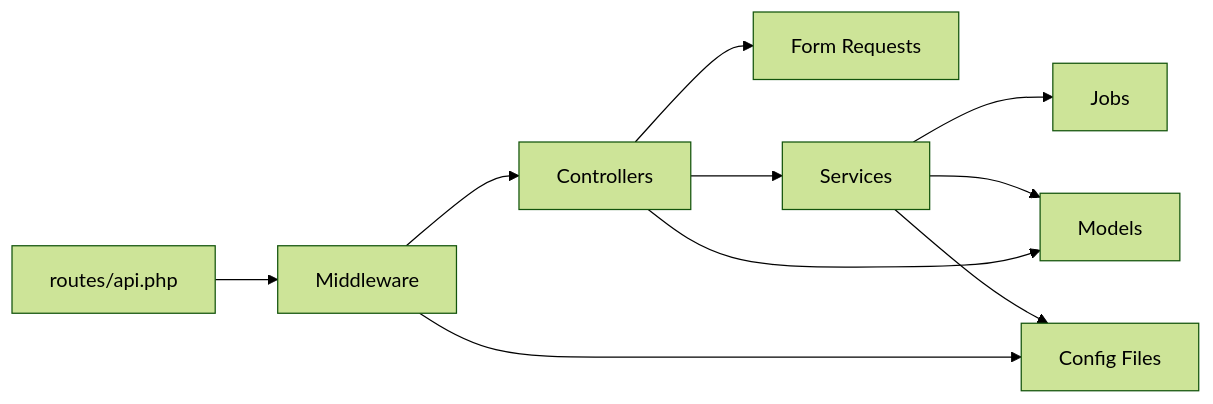
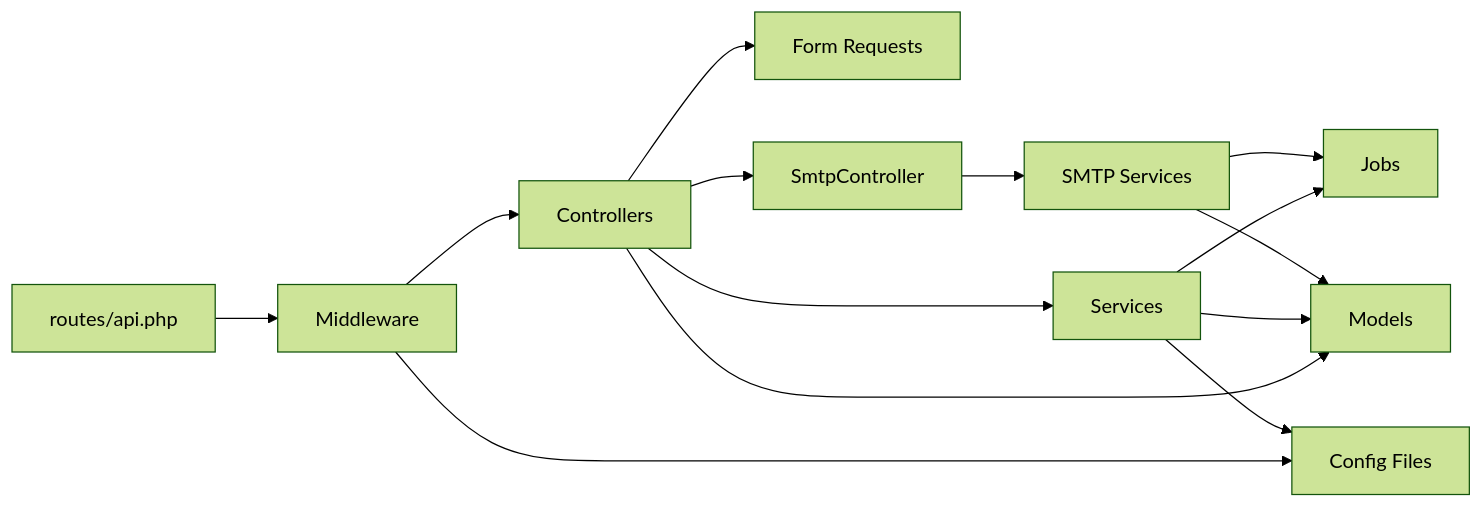
Before and after one commit to FCS-WP/website_portal: diagram 14 of 14 in .qoder/repowiki/en/content/Backend Architecture (Laravel)/Backend Architecture (Laravel).md, drawn with Mermaid (forest theme). The commit also changed other lines of this file and 30 other files, not shown here.

````diff
--- a/.qoder/repowiki/en/content/Backend Architecture (Laravel)/Backend Architecture (Laravel).md
+++ b/.qoder/repowiki/en/content/Backend Architecture (Laravel)/Backend Architecture (Laravel).md
@@ -465,12 +685,16 @@
 ```mermaid
 graph LR
 Routes["routes/api.php"] --> MW["Middleware"]
 MW --> Ctrl["Controllers"]
 Ctrl --> Req["Form Requests"]
 Ctrl --> Svc["Services"]
-Svc --> Job["Jobs"]
-Svc --> Models["Models"]
+Ctrl --> SMTPCtrl["SmtpController"]
+SMTPCtrl --> SMTPSvc["SMTP Services"]
+SMTPSvc --> Job["Jobs"]
+SMTPSvc --> Models["Models"]
+Svc --> Job
+Svc --> Models
 Ctrl --> Models
 Svc --> Config["Config Files"]
 MW --> Config
 ```
````
